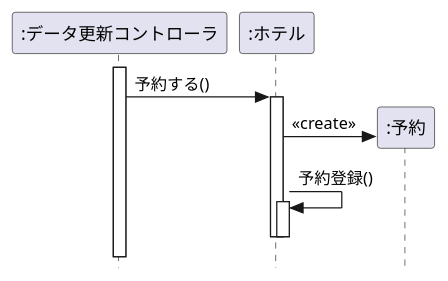
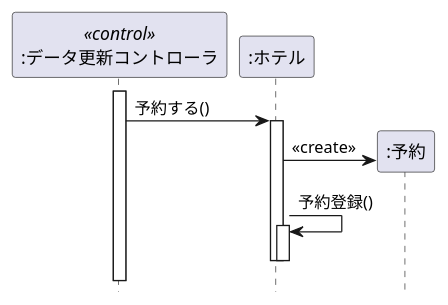
The diagram in 演習4-3_SD_データ更新コントローラとホテルと予約.pu (a-tamura22/uml-introduction), drawn with PlantUML before and after one commit. The commit also changed 1 other file, not shown here.

```diff
--- a/演習4-3_SD_データ更新コントローラとホテルと予約.pu
+++ b/演習4-3_SD_データ更新コントローラとホテルと予約.pu
@@ -1,20 +1,18 @@
 @startuml 予約
 hide footbox
-participant ":データ更新コントローラ" as control
+participant ":データ更新コントローラ" as control <<control>>
 participant ":ホテル" as hotel
 participant ":予約" as Y 
-' 厳密なUMLに準拠する
-skinparam style strictuml
 
 activate control
 control -> hotel : 予約する()
 activate hotel
 create Y
 hotel -> Y : <<create>>
 
 hotel -> hotel: 予約登録()
 activate hotel
 deactivate hotel
 deactivate hotel
 
 @enduml
```
